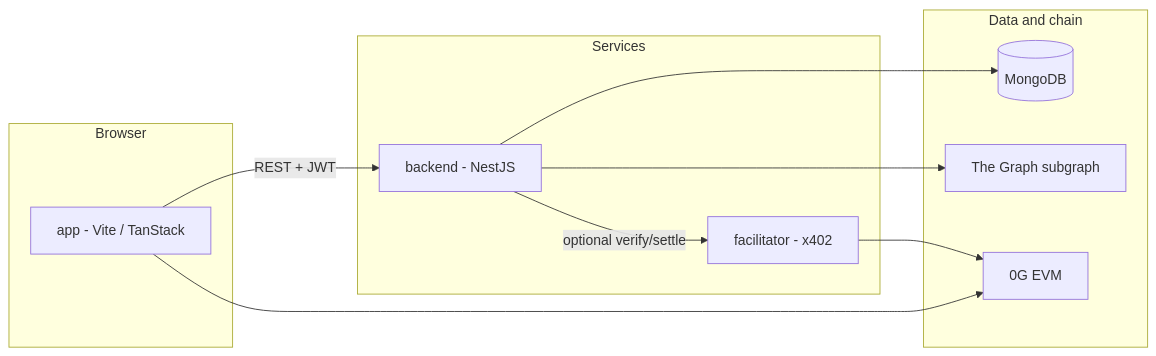
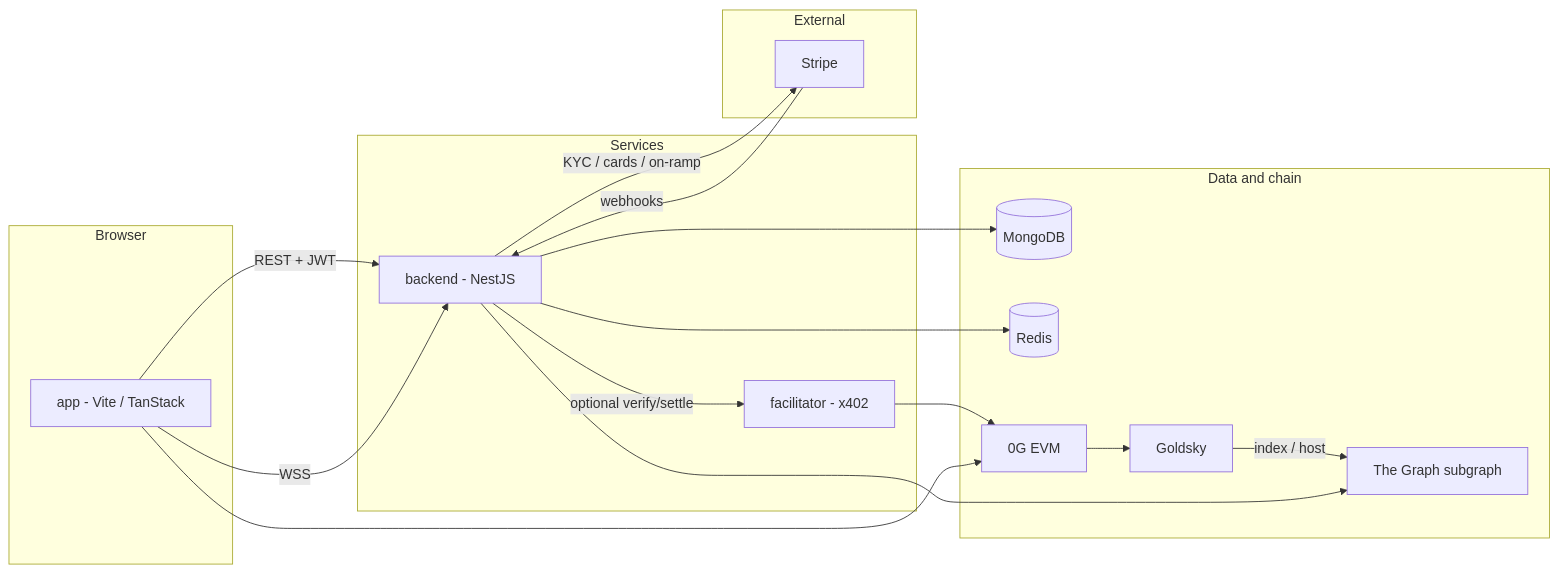
The diagram in README.md (devarogundade/RailBeam), drawn with Mermaid before and after one commit. The commit also changed other lines of this file and 4 other files, not shown here.

````diff
--- a/README.md
+++ b/README.md
@@ -23,21 +23,32 @@
 ```mermaid
 flowchart LR
   subgraph client [Browser]
     App[app - Vite / TanStack]
   end
   subgraph apis [Services]
     API[backend - NestJS]
     Fac[facilitator - x402]
   end
+  subgraph external [External]
+    Stripe[Stripe]
+  end
   subgraph data [Data and chain]
     Mongo[(MongoDB)]
+    Redis[(Redis)]
+    Goldsky[Goldsky]
     Subgraph[The Graph subgraph]
     Chain[0G EVM]
   end
   App -->|REST + JWT| API
+  App -->|WSS| API
   API -->|optional verify/settle| Fac
+  API -->|KYC / cards / on-ramp| Stripe
+  Stripe -->|webhooks| API
   API --> Mongo
+  API --> Redis
+  Chain --> Goldsky
+  Goldsky -->|index / host| Subgraph
   API --> Subgraph
   Fac --> Chain
   App --> Chain
 ```
````
